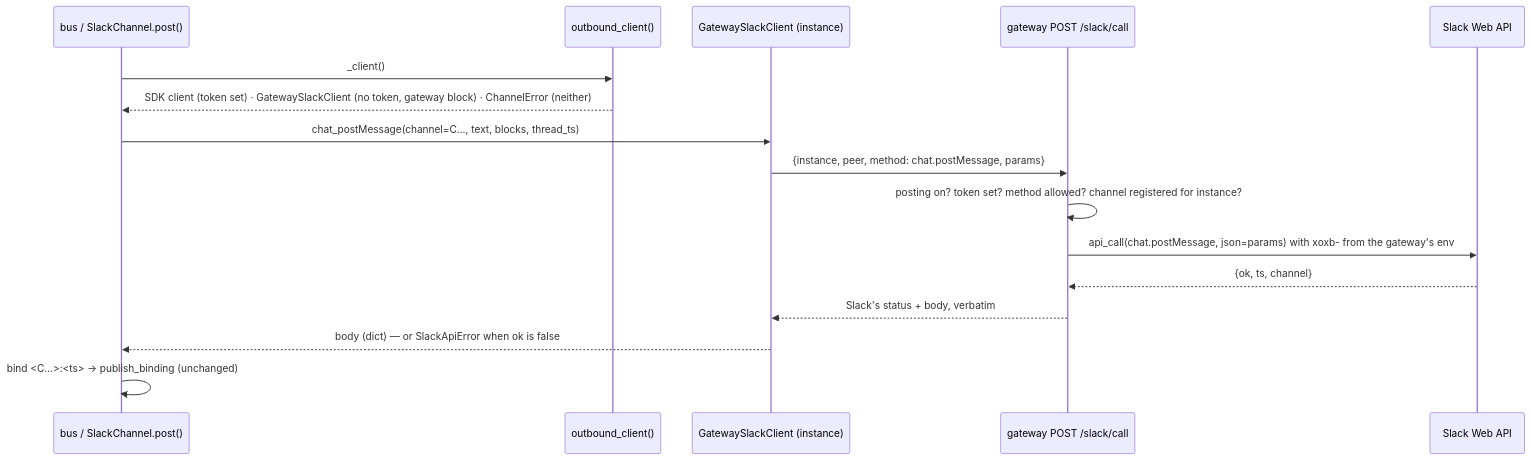
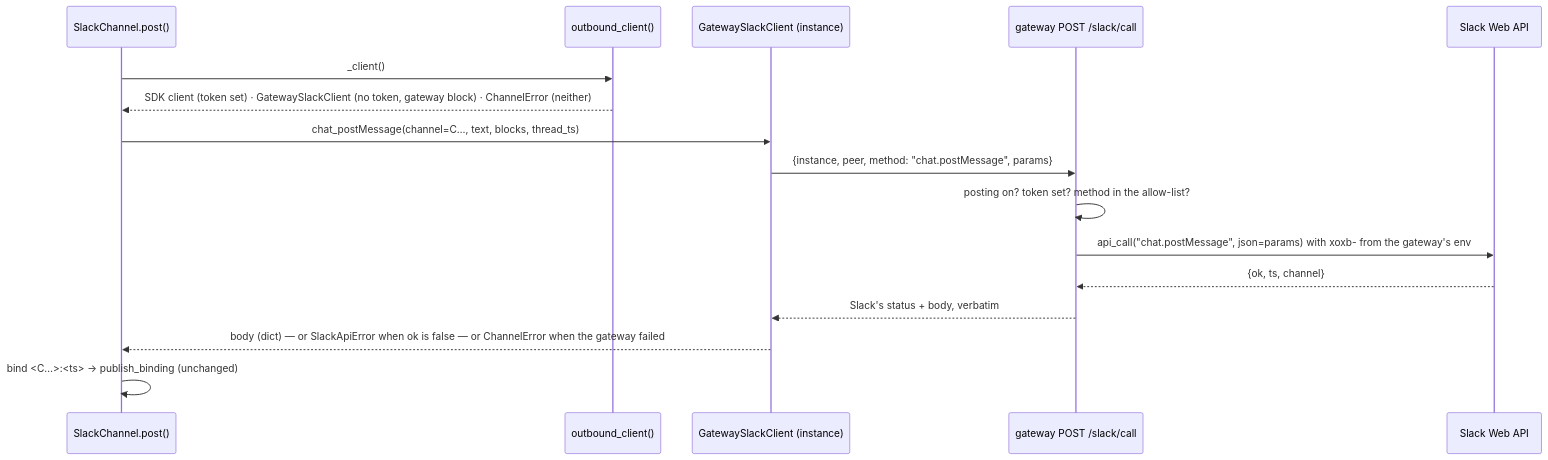
The first of 4 diagrams in docs/specs/issue-519/design.md (MadaraUchiha-314/the-loop), drawn with Mermaid before and after one commit. The commit also changed other lines of this file and 3 other files, not shown here.

````diff
--- a/docs/specs/issue-519/design.md
+++ b/docs/specs/issue-519/design.md
@@ -29,18 +30,18 @@
 ```mermaid
 sequenceDiagram
-  participant B as bus / SlackChannel.post()
+  participant B as SlackChannel.post()
   participant R as outbound_client()
   participant P as GatewaySlackClient (instance)
   participant G as gateway POST /slack/call
   participant S as Slack Web API
   B->>R: _client()
   R-->>B: SDK client (token set) · GatewaySlackClient (no token, gateway block) · ChannelError (neither)
   B->>P: chat_postMessage(channel=C…, text, blocks, thread_ts)
-  P->>G: {instance, peer, method: chat.postMessage, params}
-  G->>G: posting on? token set? method allowed? channel registered for instance?
-  G->>S: api_call(chat.postMessage, json=params) with xoxb- from the gateway's env
+  P->>G: {instance, peer, method: "chat.postMessage", params}
+  G->>G: posting on? token set? method in the allow-list?
+  G->>S: api_call("chat.postMessage", json=params) with xoxb- from the gateway's env
   S-->>G: {ok, ts, channel}
   G-->>P: Slack's status + body, verbatim
-  P-->>B: body (dict) — or SlackApiError when ok is false
+  P-->>B: body (dict) — or SlackApiError when ok is false — or ChannelError when the gateway failed
   B->>B: bind <C…>:<ts> → publish_binding (unchanged)
 ```
````
